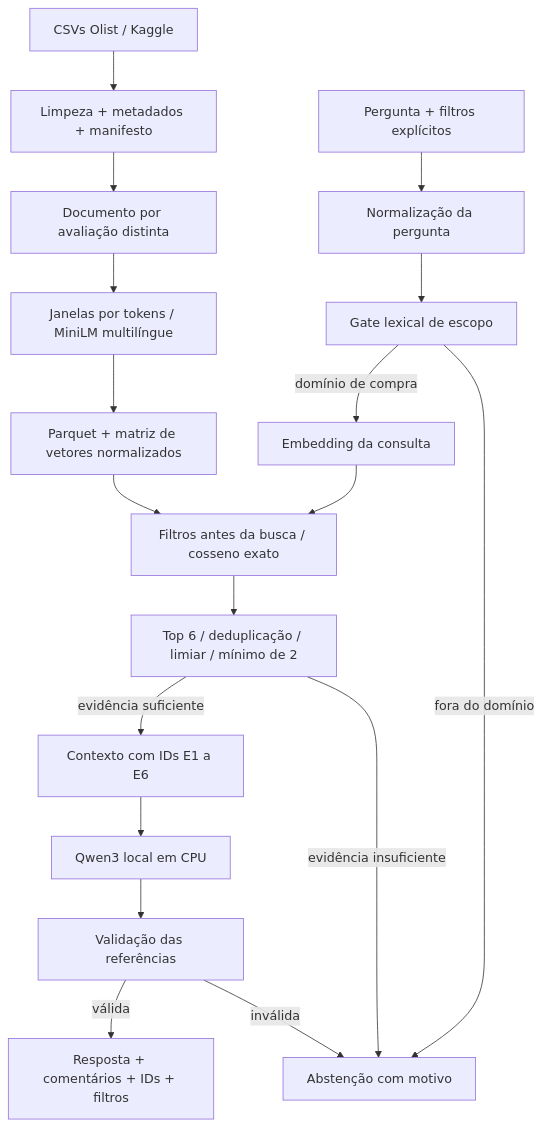
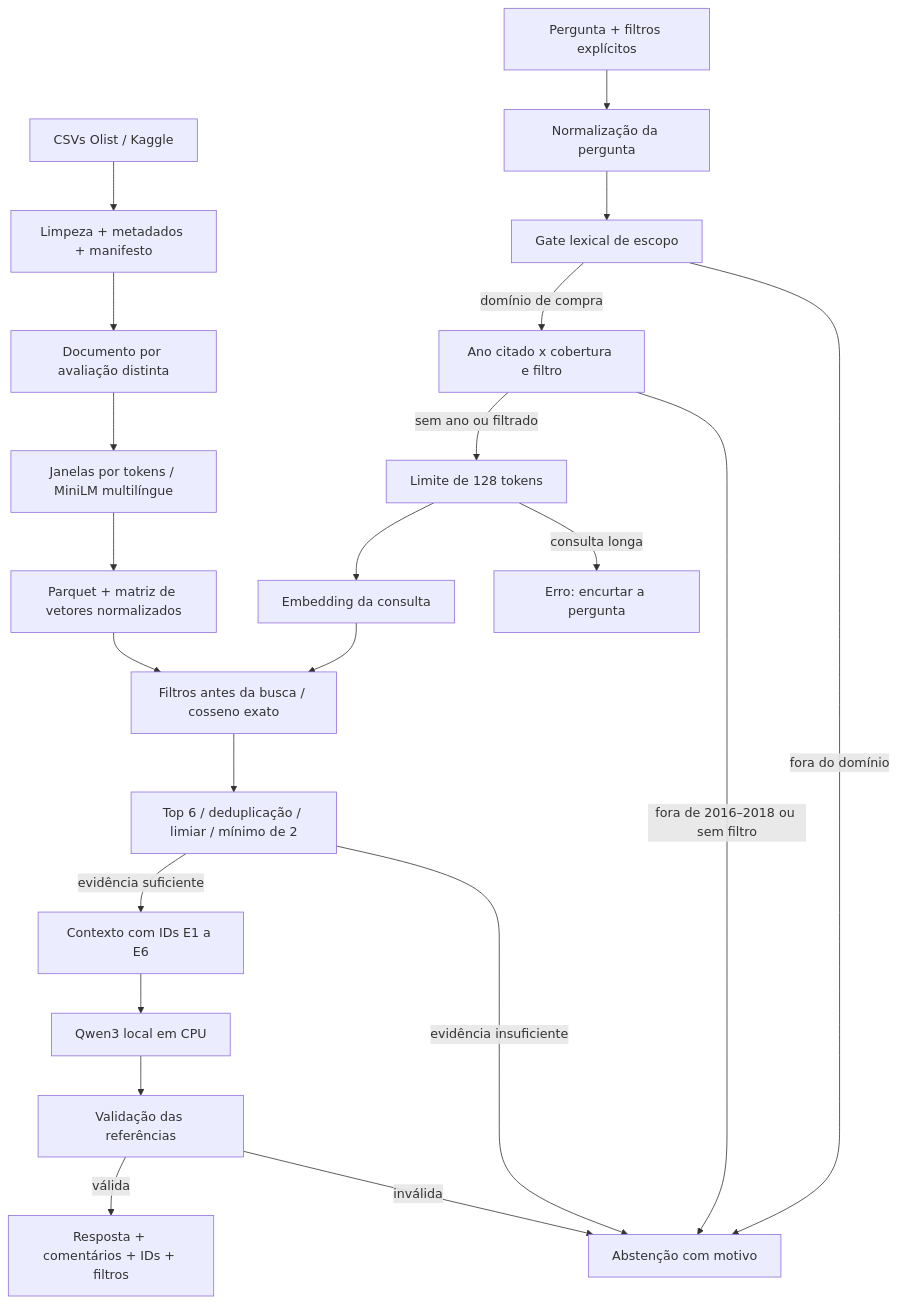
Before and after one commit to andreferraz-fiap-fase2/tech-challenge-fase4: the diagram in docs/ARCHITECTURE.md, drawn with Mermaid. The commit also changed other lines of this file and 24 other files, not shown here.

````diff
--- a/docs/ARCHITECTURE.md
+++ b/docs/ARCHITECTURE.md
@@ -3,20 +3,24 @@
 ```mermaid
 flowchart TD
   A[CSVs Olist / Kaggle] --> B[Limpeza + metadados + manifesto]
   B --> C[Documento por avaliação distinta]
   C --> D[Janelas por tokens / MiniLM multilíngue]
   D --> E[Parquet + matriz de vetores normalizados]
   Q[Pergunta + filtros explícitos] --> F[Normalização da pergunta]
   F --> S[Gate lexical de escopo]
   S -->|fora do domínio| N
-  S -->|domínio de compra| G[Embedding da consulta]
+  S -->|domínio de compra| P[Ano citado x cobertura e filtro]
+  P -->|fora de 2016–2018 ou sem filtro| N
+  P -->|sem ano ou filtrado| T[Limite de 128 tokens]
+  T -->|consulta longa| X[Erro: encurtar a pergunta]
+  T --> G[Embedding da consulta]
   E --> H[Filtros antes da busca / cosseno exato]
   G --> H
   H --> I[Top 6 / deduplicação / limiar / mínimo de 2]
   I -->|evidência insuficiente| N[Abstenção com motivo]
   I -->|evidência suficiente| J[Contexto com IDs E1 a E6]
   J --> K[Qwen3 local em CPU]
   K --> L[Validação das referências]
   L -->|inválida| N
   L -->|válida| M[Resposta + comentários + IDs + filtros]
 ```
````
